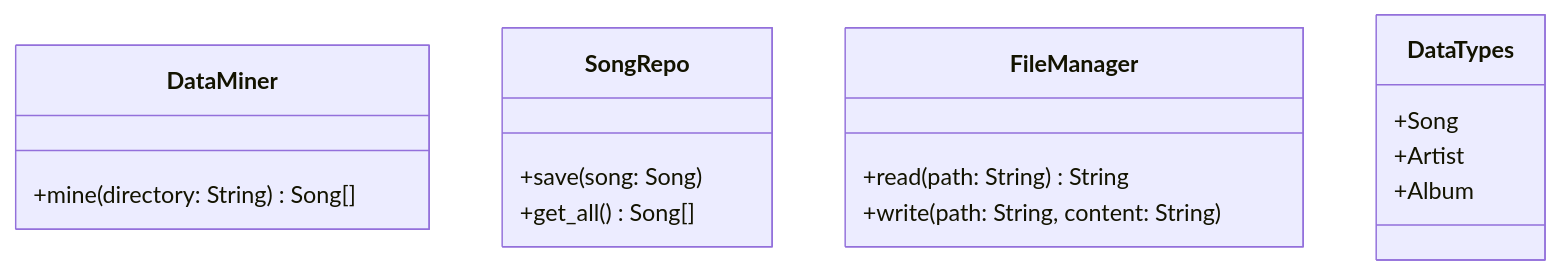
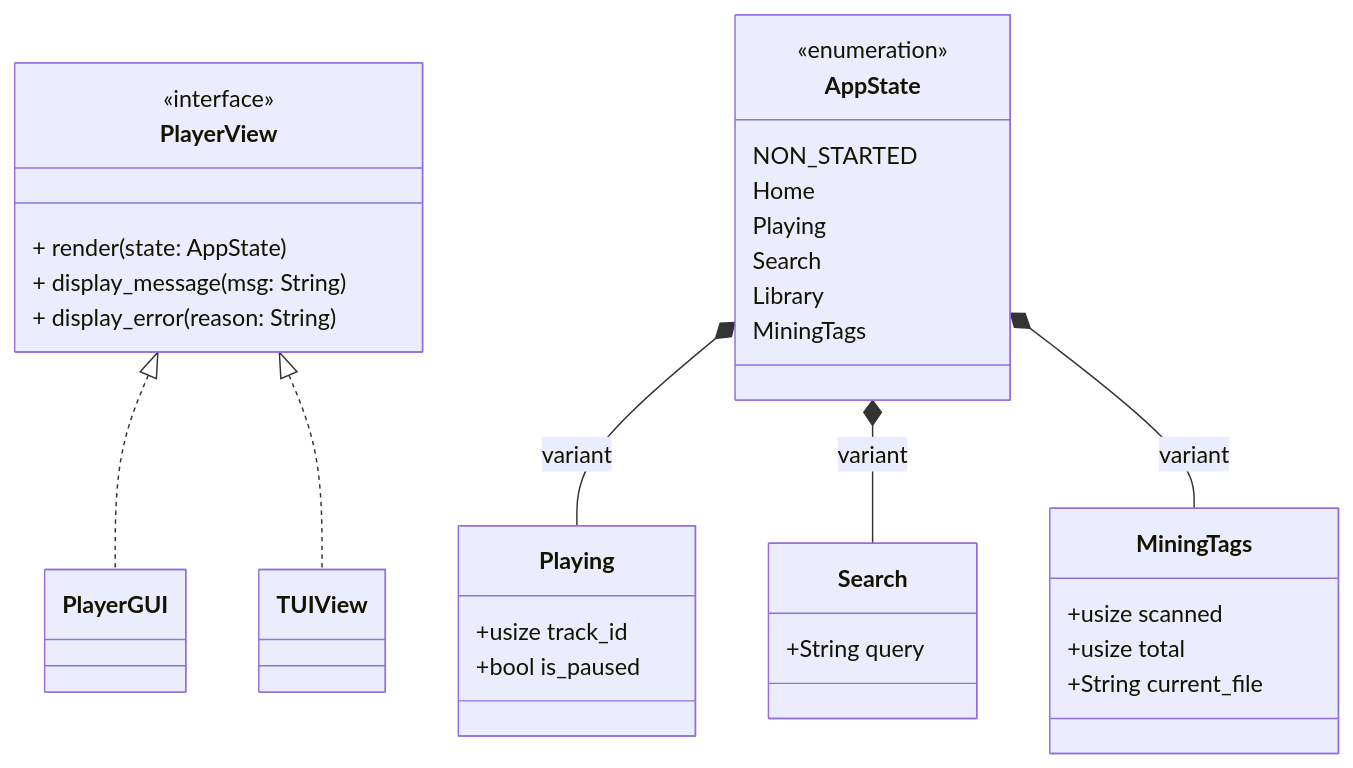
One commit to hdvvaldes/MP3Interface changed the first of 3 diagrams in doc/DESIGN.md. Above: the diagram before and after it, drawn with Mermaid. The commit also changed other lines of this file and 13 other files, not shown here.

````diff
--- a/doc/DESIGN.md
+++ b/doc/DESIGN.md
@@ -18,19 +6,42 @@
 ```mermaid
 classDiagram
-    class DataMiner {
-        +mine(directory: String) Song[]
+
+    PlayerView <|.. PlayerGUI 
+    PlayerView <|.. TUIView
+
+    class PlayerView {
+        <<interface>>
+        + render(state: AppState)
+        + display_message(msg: String)
+        + display_error(reason: String)
     }
-    class SongRepo {
-        +save(song: Song)
-        +get_all() Song[]
+
+    class AppState {
+        <<enumeration>>
+        NON_STARTED
+        Home
+        Playing
+        Search
+        Library
+        MiningTags
     }
-    class FileManager {
-        +read(path: String) String
-        +write(path: String, content: String)
+
+    class Playing {
+        +usize track_id
+        +bool is_paused
     }
-    class DataTypes {
-        +Song
-        +Artist
-        +Album
+
+    class Search {
+        +String query
     }
+
+    class MiningTags {
+        +usize scanned
+        +usize total
+        +String current_file
+    }
+
+    AppState *-- Playing : variant
+    AppState *-- Search : variant
+    AppState *-- MiningTags : variant
 ```
````
